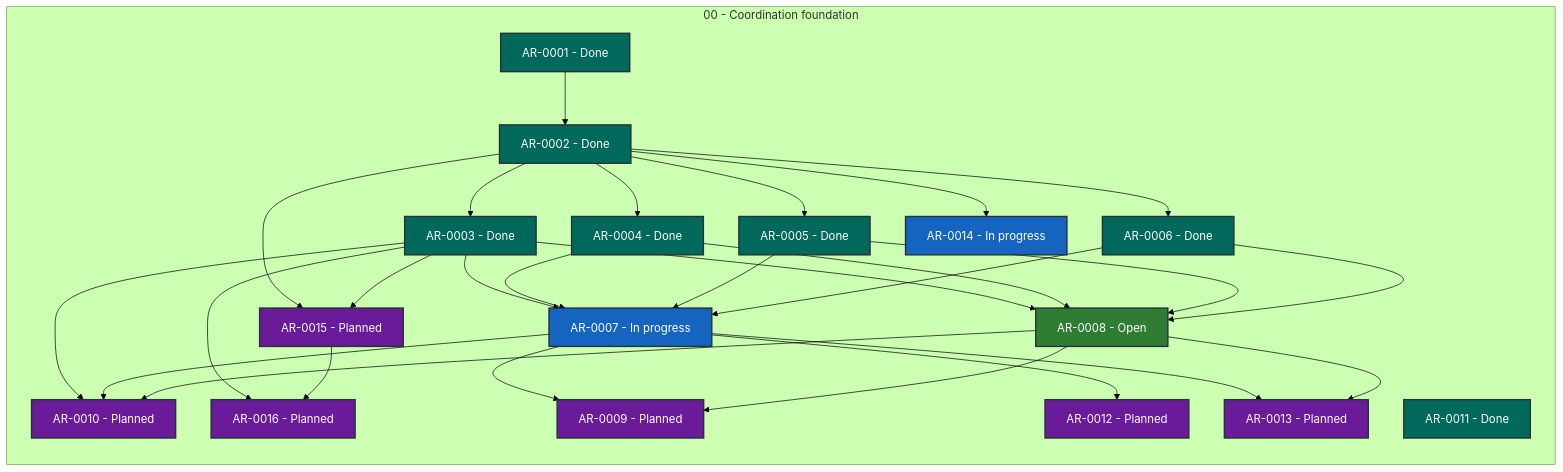
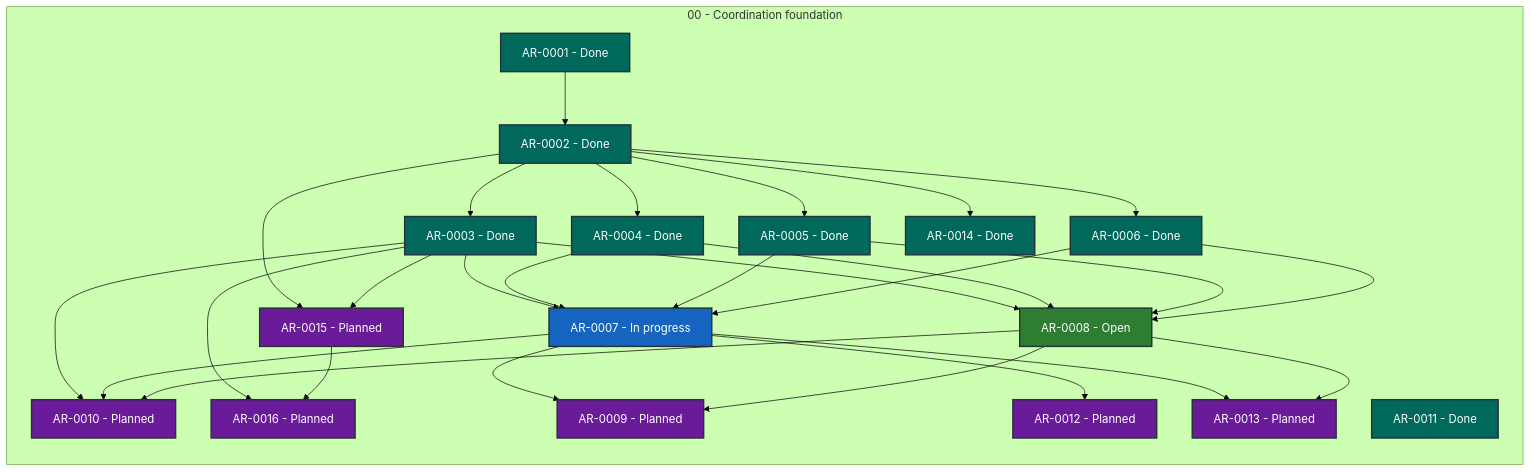
One commit to martin-beck/agent-workflow-coordinator-state changed the diagram in STATUS.md. Above: the diagram before and after it, drawn with Mermaid (forest theme). The commit also changed other lines of this file and 2 other files, not shown here.

````diff
--- a/STATUS.md
+++ b/STATUS.md
@@ -27,56 +27,56 @@
 ```mermaid
 flowchart LR
     subgraph series_00["00 - Coordination foundation"]
         direction TB
         AR_0001["AR-0001 - Done"]:::status_done
         AR_0002["AR-0002 - Done"]:::status_done
         AR_0003["AR-0003 - Done"]:::status_done
         AR_0004["AR-0004 - Done"]:::status_done
         AR_0005["AR-0005 - Done"]:::status_done
         AR_0006["AR-0006 - Done"]:::status_done
         AR_0007["AR-0007 - In progress"]:::status_in_progress
         AR_0008["AR-0008 - Open"]:::status_open
         AR_0009["AR-0009 - Planned"]:::status_planned
         AR_0010["AR-0010 - Planned"]:::status_planned
         AR_0011["AR-0011 - Done"]:::status_done
         AR_0012["AR-0012 - Planned"]:::status_planned
         AR_0013["AR-0013 - Planned"]:::status_planned
-        AR_0014["AR-0014 - In progress"]:::status_in_progress
+        AR_0014["AR-0014 - Done"]:::status_done
         AR_0015["AR-0015 - Planned"]:::status_planned
         AR_0016["AR-0016 - Planned"]:::status_planned
     end
     AR_0001 --> AR_0002
     AR_0002 --> AR_0003
     AR_0002 --> AR_0004
     AR_0002 --> AR_0005
     AR_0002 --> AR_0006
     AR_0002 --> AR_0014
     AR_0002 --> AR_0015
     AR_0003 --> AR_0007
     AR_0003 --> AR_0008
     AR_0003 --> AR_0010
     AR_0003 --> AR_0015
     AR_0003 --> AR_0016
     AR_0004 --> AR_0007
     AR_0004 --> AR_0008
     AR_0005 --> AR_0007
     AR_0005 --> AR_0008
     AR_0006 --> AR_0007
     AR_0006 --> AR_0008
     AR_0007 --> AR_0009
     AR_0007 --> AR_0010
     AR_0007 --> AR_0012
     AR_0007 --> AR_0013
     AR_0008 --> AR_0009
     AR_0008 --> AR_0010
     AR_0008 --> AR_0013
     AR_0015 --> AR_0016
     classDef status_in_progress fill:#1565c0,color:#ffffff,stroke:#263238,stroke-width:2px
     classDef status_open fill:#2e7d32,color:#ffffff,stroke:#263238,stroke-width:2px
     classDef status_blocked fill:#c62828,color:#ffffff,stroke:#263238,stroke-width:2px
     classDef status_planned fill:#6a1b9a,color:#ffffff,stroke:#263238,stroke-width:2px
     classDef status_future fill:#455a64,color:#ffffff,stroke:#263238,stroke-width:2px
     classDef status_done fill:#00695c,color:#ffffff,stroke:#263238,stroke-width:2px
     classDef status_cancelled fill:#616161,color:#ffffff,stroke:#263238,stroke-width:2px
     classDef status_superseded fill:#5d4037,color:#ffffff,stroke:#263238,stroke-width:2px
 ```
````
